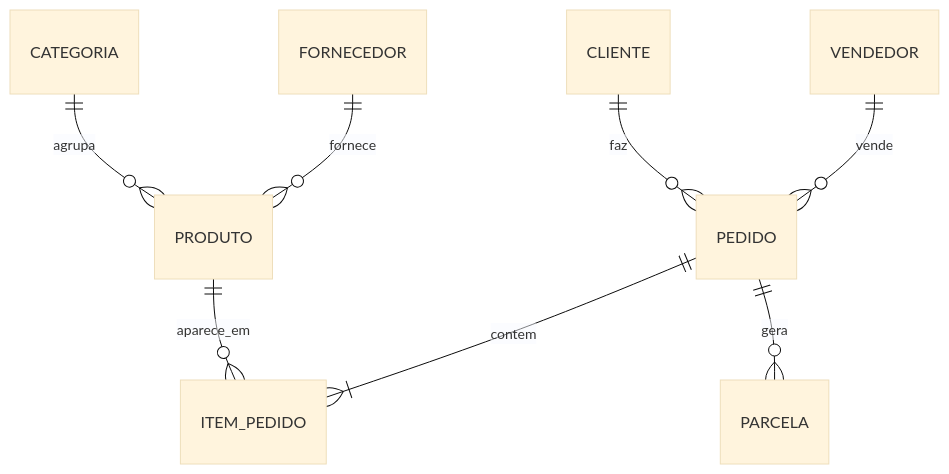
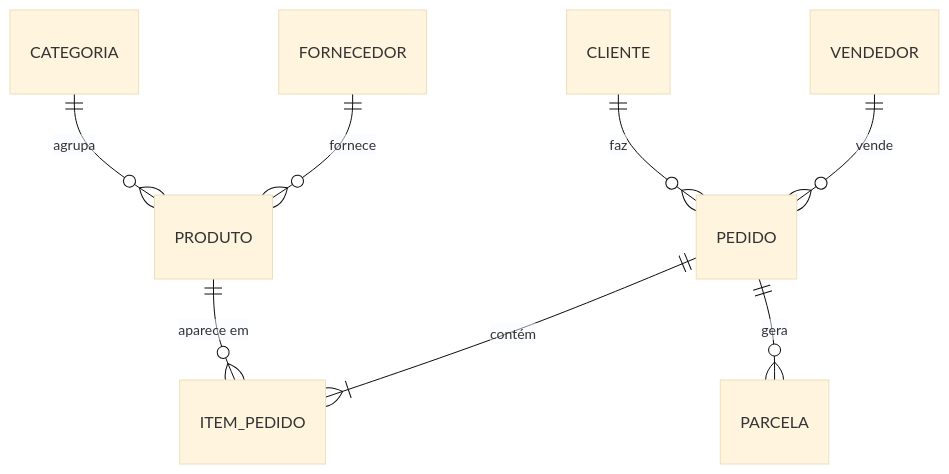
Before and after one commit to brenuuuu/sql-loja-revestimentos: the diagram in README.md, drawn with Mermaid (base theme). The commit also changed other lines of this file and 5 other files, not shown here.

Commit message:
Corrige acentos nos dados, comentários e diagrama

````diff
--- a/README.md
+++ b/README.md
@@ -17,10 +17,10 @@
 ```mermaid
 erDiagram
-    CATEGORIA  ||--o{ PRODUTO     : agrupa
-    FORNECEDOR ||--o{ PRODUTO     : fornece
-    CLIENTE    ||--o{ PEDIDO      : faz
-    VENDEDOR   ||--o{ PEDIDO      : vende
-    PEDIDO     ||--|{ ITEM_PEDIDO : contem
-    PRODUTO    ||--o{ ITEM_PEDIDO : aparece_em
-    PEDIDO     ||--o{ PARCELA     : gera
+    CATEGORIA  ||--o{ PRODUTO     : "agrupa"
+    FORNECEDOR ||--o{ PRODUTO     : "fornece"
+    CLIENTE    ||--o{ PEDIDO      : "faz"
+    VENDEDOR   ||--o{ PEDIDO      : "vende"
+    PEDIDO     ||--|{ ITEM_PEDIDO : "contém"
+    PRODUTO    ||--o{ ITEM_PEDIDO : "aparece em"
+    PEDIDO     ||--o{ PARCELA     : "gera"
 ```
````
